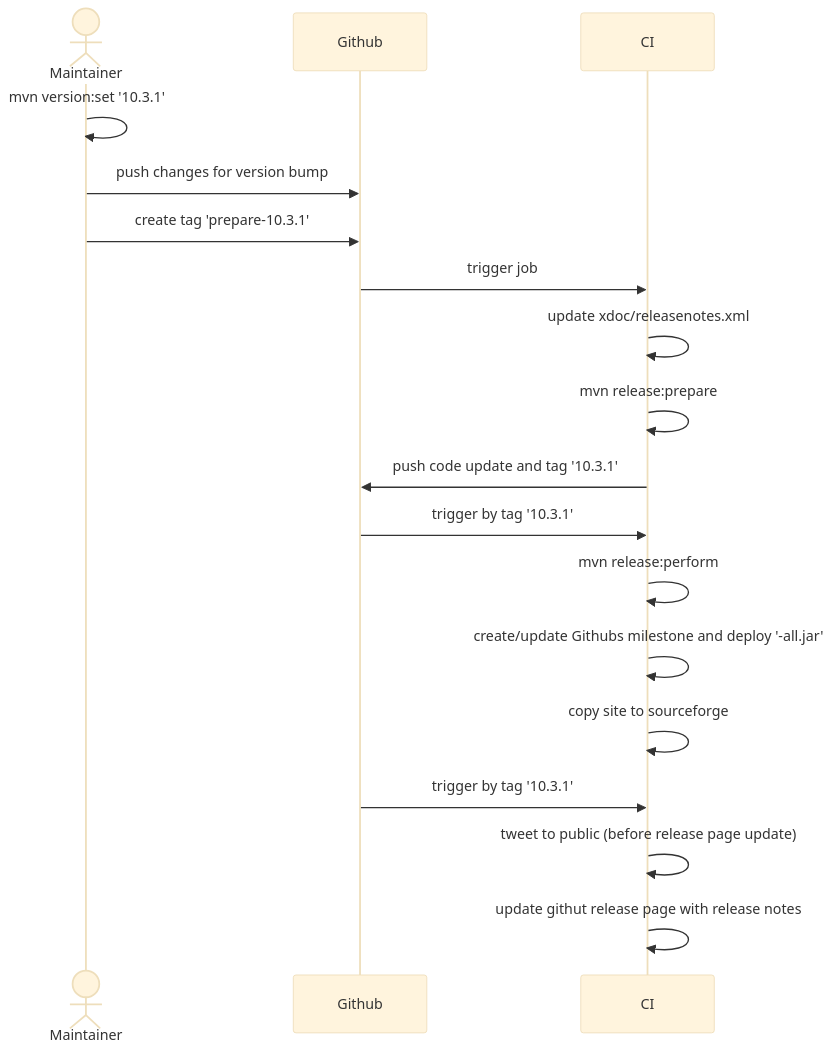
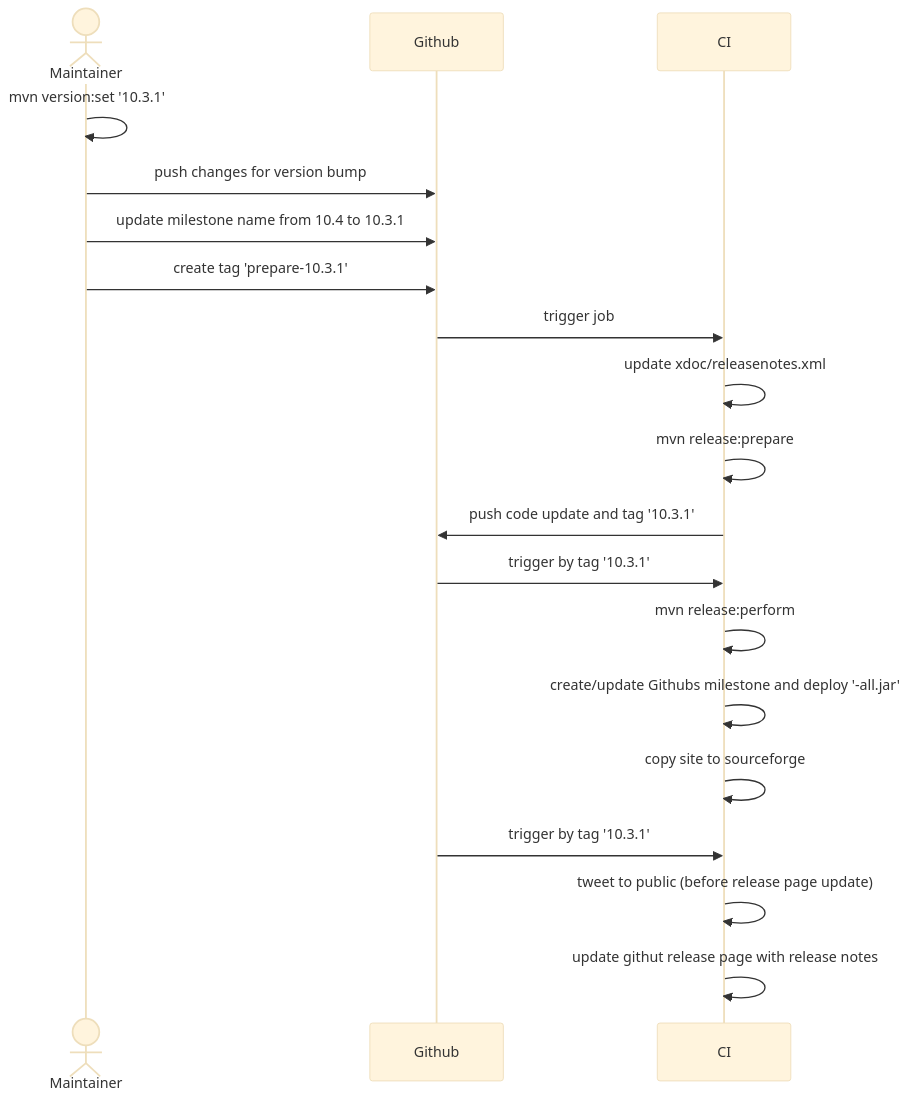
The diagram in releasenotes-builder/diagrams.md (checkstyle/contribution), drawn with Mermaid (base theme) before and after one commit.

Commit message:
doc: diagram - update milestone

````diff
--- a/releasenotes-builder/diagrams.md
+++ b/releasenotes-builder/diagrams.md
@@ -5,23 +5,24 @@
 ```mermaid
 sequenceDiagram
     actor Maintainer
     participant Github
     participant CI
     Maintainer->>Maintainer: mvn version:set '10.3.1'
     Maintainer->>Github: push changes for version bump
+    Maintainer->>Github: update milestone name from 10.4 to 10.3.1
     Maintainer->>Github: create tag 'prepare-10.3.1'
     Github->>CI: trigger job
     CI->>CI: update xdoc/releasenotes.xml
     CI->>CI: mvn release:prepare
     CI->>Github: push code update and tag '10.3.1'
 
     Github->>CI: trigger by tag '10.3.1'
     CI->>CI: mvn release:perform
     CI->>CI: create/update Githubs milestone and deploy '-all.jar'
     CI->>CI: copy site to sourceforge
 
     Github->>CI: trigger by tag '10.3.1'
     CI->>CI: tweet to public (before release page update)
     CI->>CI: update githut release page with release notes
 
 ```
````
